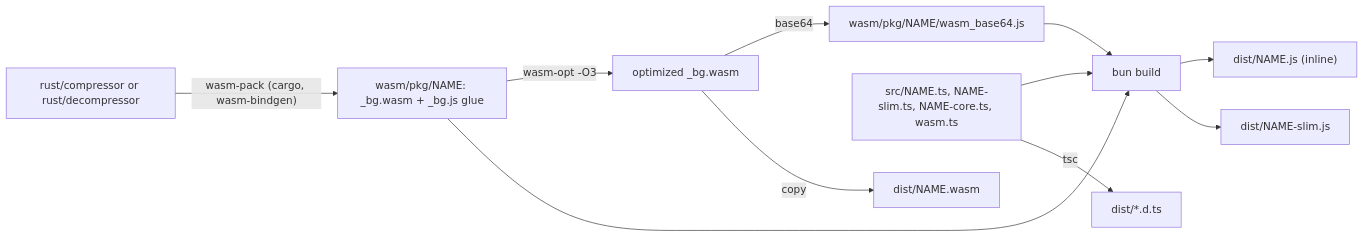
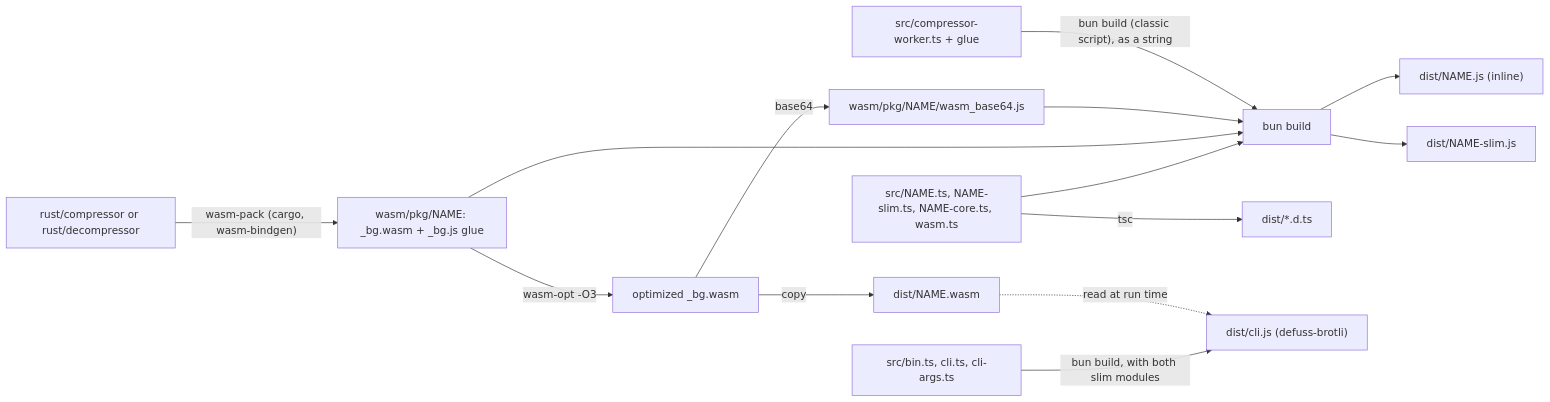
Before and after one commit to kyr0/defuss-brotli: the first of 2 diagrams in ARCH.md, drawn with Mermaid. The commit also changed other lines of this file and 27 other files, not shown here.

````diff
--- a/ARCH.md
+++ b/ARCH.md
@@ -40,13 +48,16 @@
 ```mermaid
 flowchart LR
   crate["rust/compressor or rust/decompressor"] -->|"wasm-pack (cargo, wasm-bindgen)"| pkg["wasm/pkg/NAME: _bg.wasm + _bg.js glue"]
   pkg -->|"wasm-opt -O3"| opt["optimized _bg.wasm"]
   opt -->|"base64"| b64["wasm/pkg/NAME/wasm_base64.js"]
   src["src/NAME.ts, NAME-slim.ts, NAME-core.ts, wasm.ts"] --> bundle["bun build"]
   pkg --> bundle
   b64 --> bundle
   bundle --> dist["dist/NAME.js (inline)"]
   bundle --> slim["dist/NAME-slim.js"]
   opt -->|"copy"| wasm["dist/NAME.wasm"]
   src -->|"tsc"| dts["dist/*.d.ts"]
+  worker["src/compressor-worker.ts + glue"] -->|"bun build (classic script), as a string"| bundle
+  cli["src/bin.ts, cli.ts, cli-args.ts"] -->|"bun build, with both slim modules"| bin["dist/cli.js (defuss-brotli)"]
+  wasm -.->|"read at run time"| bin
 ```
````
